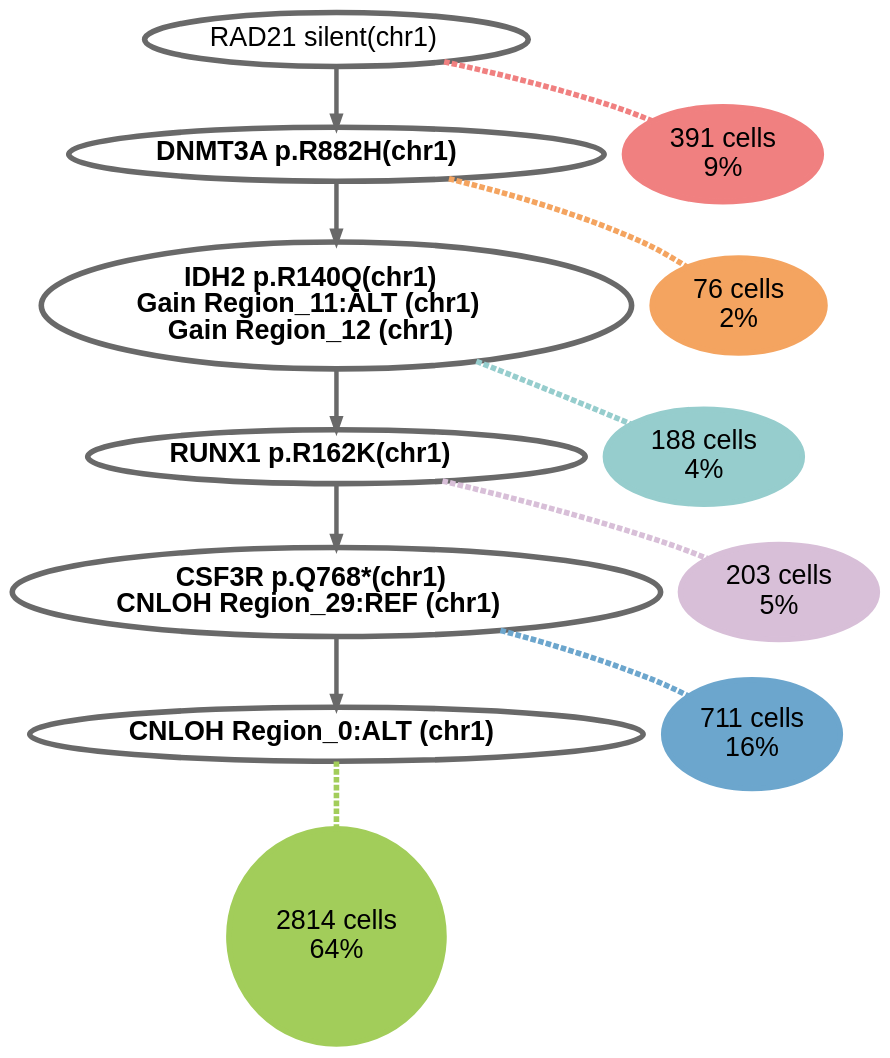
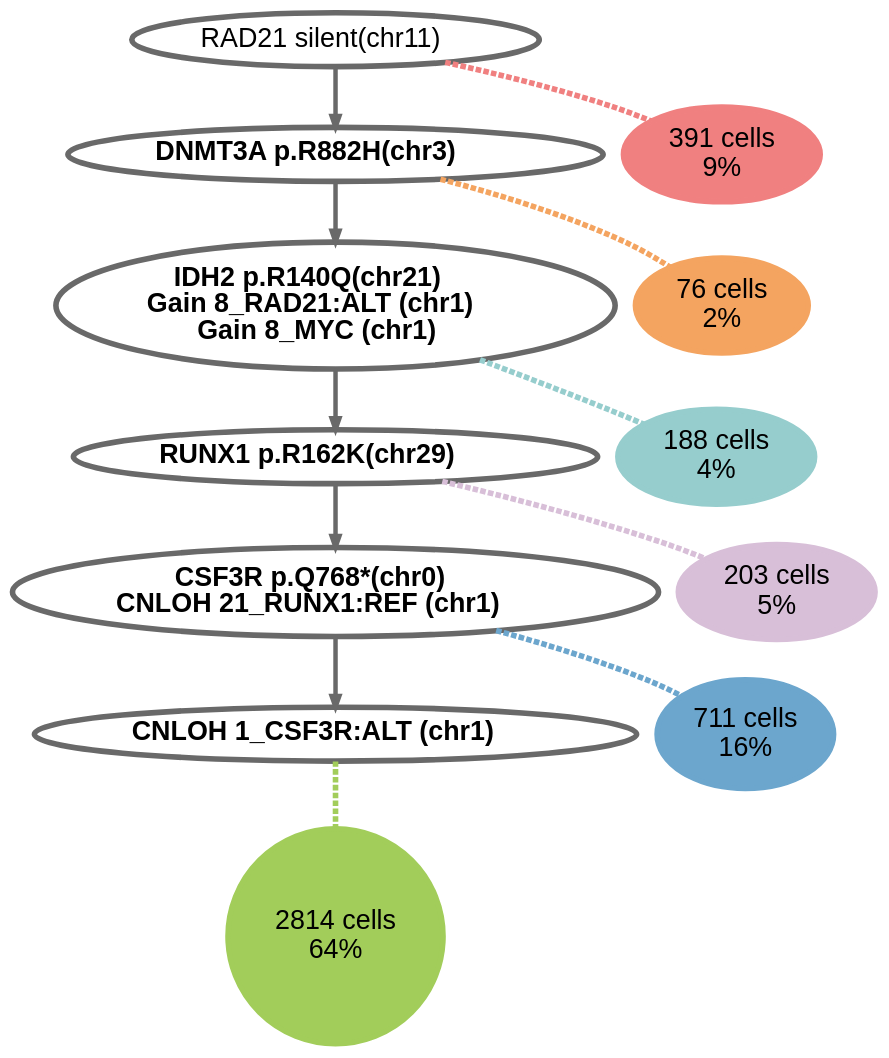
The diagram in results/compass_output/AML-99-001/AML-99-001_c16_l400_tree.gv (pawlakG/ScIGMA), drawn with Graphviz before and after one commit. The commit also changed 144 other files, not shown here.

Commit message:
Fix chromosome label. Still bug on loss and gain chromosome anotation

```diff
--- a/results/compass_output/AML-99-001/AML-99-001_c16_l400_tree.gv
+++ b/results/compass_output/AML-99-001/AML-99-001_c16_l400_tree.gv
@@ -1,26 +1,26 @@
 digraph G{
 node [color=dimgray fontsize=24 fontcolor=black fontname=Helvetica penwidth=5];
 4 -> 1 [color=dimgray penwidth=4 weight=2];
 0 -> 2 [color=dimgray penwidth=4 weight=2];
 2 -> 3 [color=dimgray penwidth=4 weight=2];
 3 -> 4 [color=dimgray penwidth=4 weight=2];
 1 -> 5 [color=dimgray penwidth=4 weight=2];
-0[label=<RAD21 silent(chr1)<br/>>];
-1[label=<<B>CSF3R p.Q768*(chr1)</B><br/><B>CNLOH Region_29:REF (chr1)</B><br/>>];
-2[label=<<B>DNMT3A p.R882H(chr1)</B><br/>>];
-3[label=<<B>IDH2 p.R140Q(chr1)</B><br/><B>Gain Region_11:ALT (chr1)</B><br/><B>Gain Region_12 (chr1)</B><br/>>];
-4[label=<<B>RUNX1 p.R162K(chr1)</B><br/>>];
-5[label=<<B>CNLOH Region_0:ALT (chr1)</B><br/>>];
+0[label=<RAD21 silent(chr11)<br/>>];
+1[label=<<B>CSF3R p.Q768*(chr0)</B><br/><B>CNLOH 21_RUNX1:REF (chr1)</B><br/>>];
+2[label=<<B>DNMT3A p.R882H(chr3)</B><br/>>];
+3[label=<<B>IDH2 p.R140Q(chr21)</B><br/><B>Gain 8_RAD21:ALT (chr1)</B><br/><B>Gain 8_MYC (chr1)</B><br/>>];
+4[label=<<B>RUNX1 p.R162K(chr29)</B><br/>>];
+5[label=<<B>CNLOH 1_CSF3R:ALT (chr1)</B><br/>>];
 0 -> 6 [dir=none style=dashed weight=1 penwidth=5 color=lightcoral];
 1 -> 7 [dir=none style=dashed weight=1 penwidth=5 color=skyblue3];
 2 -> 8 [dir=none style=dashed weight=1 penwidth=5 color=sandybrown];
 3 -> 9 [dir=none style=dashed weight=1 penwidth=5 color=paleturquoise3];
 4 -> 10 [dir=none style=dashed weight=1 penwidth=5 color=thistle];
 5 -> 11 [dir=none style=dashed weight=1 penwidth=5 color=darkolivegreen3];
 6[label="391 cells\n9\%" style = filled width=0.995592 height=0.995592 color=lightcoral];
 7[label="711 cells\n16\%" style = filled width=1.34254 height=1.34254 color=skyblue3];
 8[label="76 cells\n2\%" style = filled width=0.438935 height=0.438935 color=sandybrown];
 9[label="188 cells\n4\%" style = filled width=0.690354 height=0.690354 color=paleturquoise3];
 10[label="203 cells\n5\%" style = filled width=0.717366 height=0.717366 color=thistle];
 11[label="2814 cells\n64\%" style = filled width=2.67088 height=2.67088 color=darkolivegreen3];
 }
```
